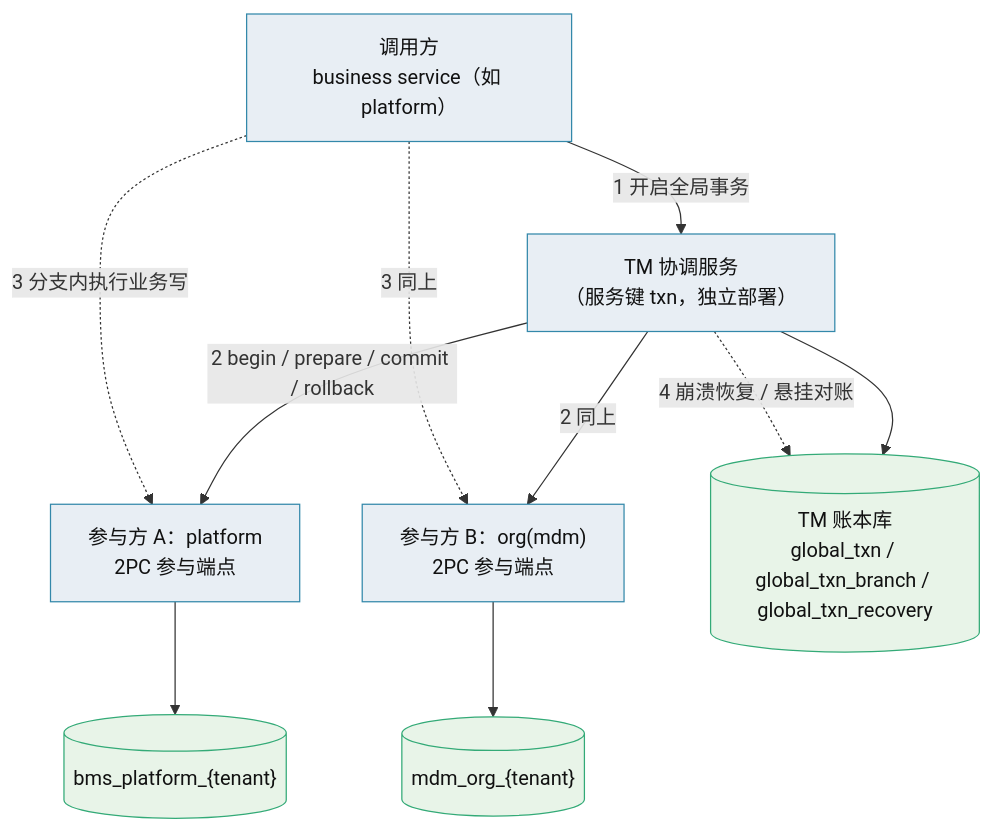
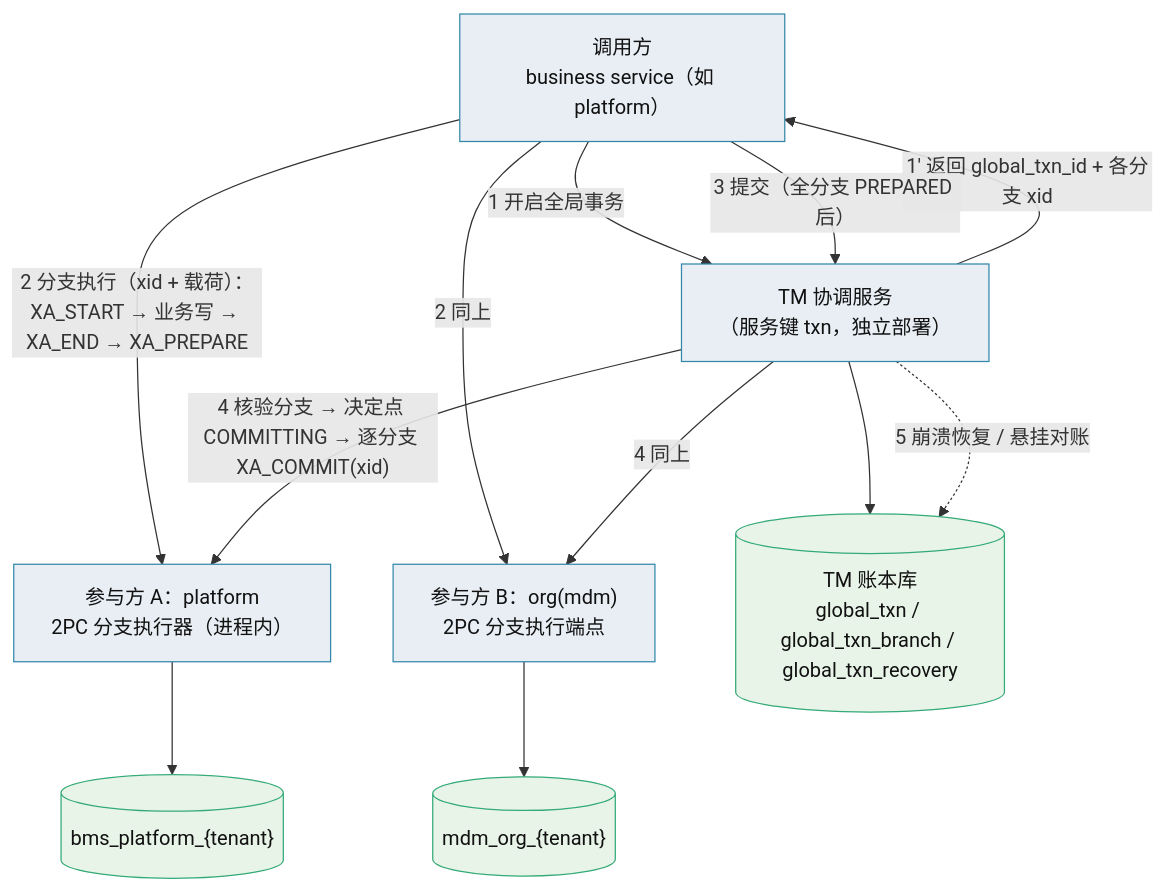
Before and after one commit to minjian123/basic-management-system: the first of 2 diagrams in bms文档/项目/02_后端基座与服务化地基/任务/05_服务间通信与一致性/05_服务间通信与一致性_07_跨服务事务管理器强一致专项/设计/01_详细设计_07_跨服务事务管理器强一致专项.md, drawn with Mermaid. The commit also changed other lines of this file and 2 other files, not shown here.

````diff
--- a/bms文档/项目/02_后端基座与服务化地基/任务/05_服务间通信与一致性/05_服务间通信与一致性_07_跨服务事务管理器强一致专项/设计/01_详细设计_07_跨服务事务管理器强一致专项.md
+++ b/bms文档/项目/02_后端基座与服务化地基/任务/05_服务间通信与一致性/05_服务间通信与一致性_07_跨服务事务管理器强一致专项/设计/01_详细设计_07_跨服务事务管理器强一致专项.md
@@ -58,16 +58,18 @@
 ```mermaid
 flowchart TB
     C["调用方<br/>business service（如 platform）"] -->|"1 开启全局事务"| TM["TM 协调服务<br/>（服务键 txn，独立部署）"]
-    TM -->|"2 begin / prepare / commit / rollback"| P1["参与方 A：platform<br/>2PC 参与端点"]
-    TM -->|"2 同上"| P2["参与方 B：org(mdm)<br/>2PC 参与端点"]
-    C -.->|"3 分支内执行业务写"| P1
-    C -.->|"3 同上"| P2
+    TM -->|"1' 返回 global_txn_id + 各分支 xid"| C
+    C -->|"2 分支执行（xid + 载荷）：XA_START → 业务写 → XA_END → XA_PREPARE"| P1["参与方 A：platform<br/>2PC 分支执行器（进程内）"]
+    C -->|"2 同上"| P2["参与方 B：org(mdm)<br/>2PC 分支执行端点"]
+    C -->|"3 提交（全分支 PREPARED 后）"| TM
+    TM -->|"4 核验分支 → 决定点 COMMITTING → 逐分支 XA_COMMIT(xid)"| P1
+    TM -->|"4 同上"| P2
     P1 --> DA[("bms_platform_{tenant}")]
     P2 --> DB[("mdm_org_{tenant}")]
     TM --> L[("TM 账本库<br/>global_txn / global_txn_branch / global_txn_recovery")]
-    TM -. "4 崩溃恢复 / 悬挂对账" .-> L
+    TM -. "5 崩溃恢复 / 悬挂对账" .-> L
     classDef k fill:#e8eef4,stroke:#38a,color:#111
     classDef db fill:#e8f4e8,stroke:#3a7,color:#111
     class C,TM,P1,P2 k
     class DA,DB,L db
 ```
````
